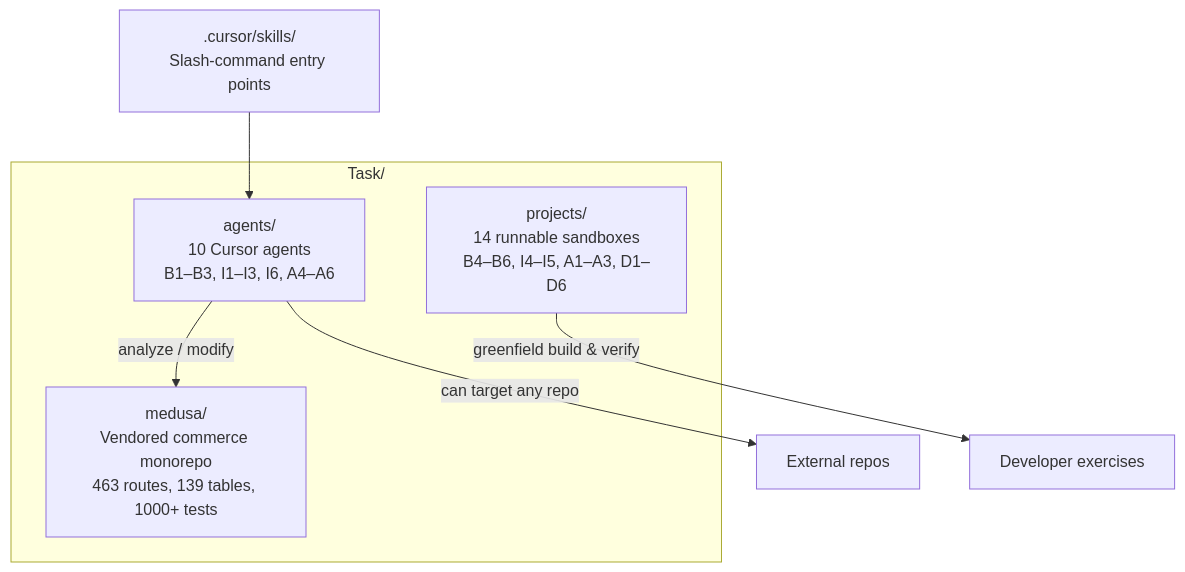
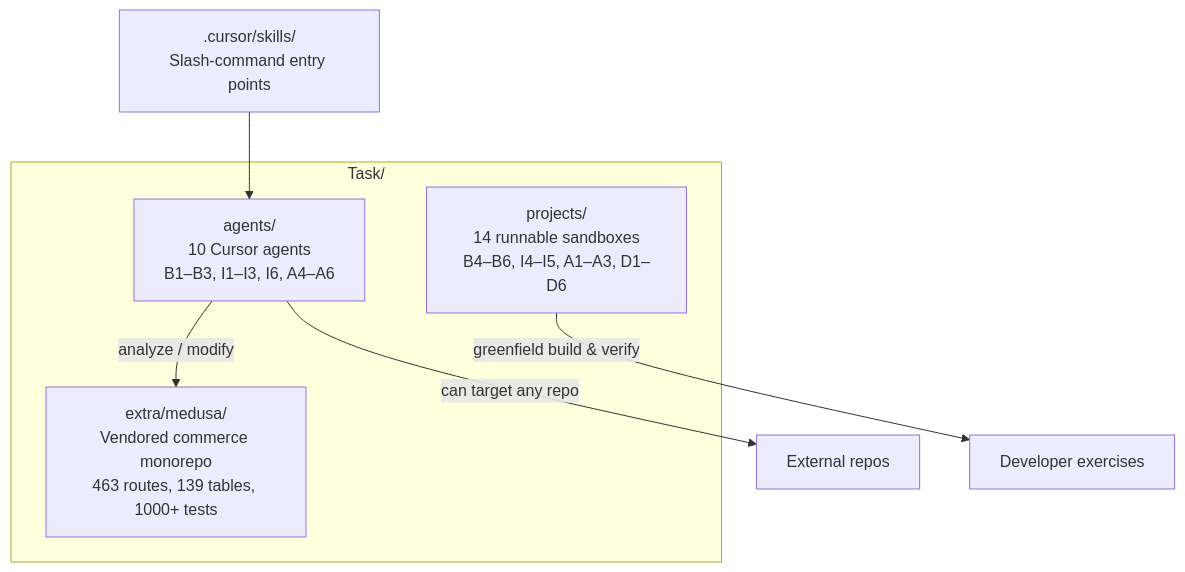
Before and after one commit to t-divyanshupatel/Task: the first of 10 diagrams in README.md, drawn with Mermaid. The commit also changed other lines of this file and 22777 other files, not shown here.

````diff
--- a/README.md
+++ b/README.md
@@ -35,14 +36,14 @@
 ```mermaid
 flowchart TB
     subgraph Task["Task/"]
         A["agents/<br/>10 Cursor agents<br/>B1–B3, I1–I3, I6, A4–A6"]
         P["projects/<br/>14 runnable sandboxes<br/>B4–B6, I4–I5, A1–A3, D1–D6"]
-        M["medusa/<br/>Vendored commerce monorepo<br/>463 routes, 139 tables, 1000+ tests"]
+        M["extra/medusa/<br/>Vendored commerce monorepo<br/>463 routes, 139 tables, 1000+ tests"]
     end
 
     SK[".cursor/skills/<br/>Slash-command entry points"]
     SK --> A
     A -->|"analyze / modify"| M
     A -->|"can target any repo"| EXT["External repos"]
     P -->|"greenfield build & verify"| DEV["Developer exercises"]
 ```
````
